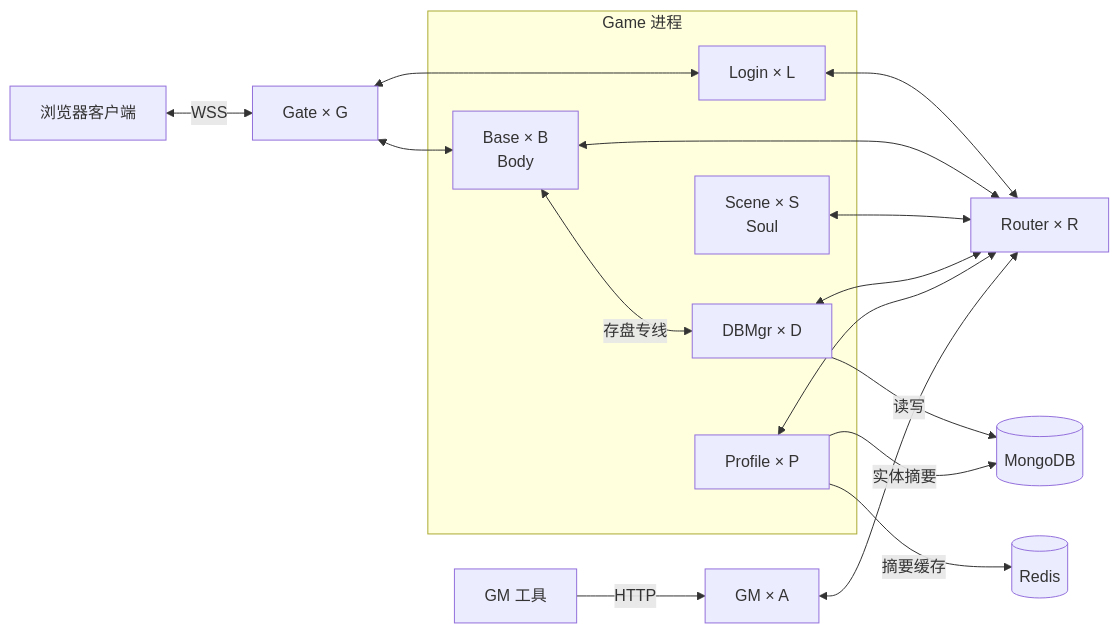
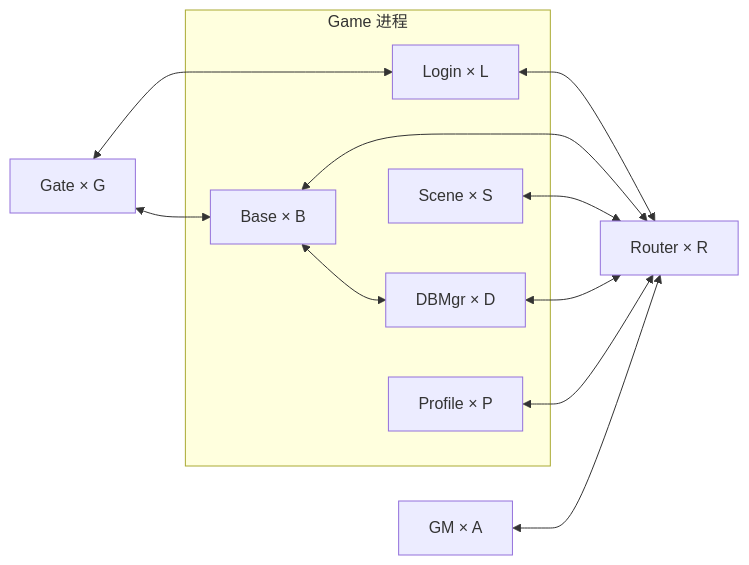
The diagram in code/agents/服务器架构与进程拓扑.md (enuquak/TGame), drawn with Mermaid before and after one commit. The commit also changed other lines of this file and 71 other files, not shown here.

````diff
--- a/code/agents/服务器架构与进程拓扑.md
+++ b/code/agents/服务器架构与进程拓扑.md
@@ -32,30 +32,25 @@
 ```mermaid
 flowchart LR
-    C["浏览器客户端"] <-->|WSS| G["Gate × G"]
-    Tool["GM 工具"] -->|HTTP| GM["GM × A"]
+    G["Gate × G"]
+    GM["GM × A"]
 
     subgraph Game["Game 进程"]
         L["Login × L"]
-        B["Base × B<br/>Body"]
-        S["Scene × S<br/>Soul"]
+        B["Base × B"]
+        S["Scene × S"]
         D["DBMgr × D"]
         P["Profile × P"]
     end
 
     R["Router × R"]
-    M[("MongoDB")]
-    K[("Redis")]
 
     G <--> L
     G <--> B
     L <--> R
     B <--> R
     S <--> R
     D <--> R
     P <--> R
     GM <--> R
-    B <-->|存盘专线| D
-    D -->|读写| M
-    P -->|实体摘要| M
-    P -->|摘要缓存| K
+    B <--> D
 ```
````
